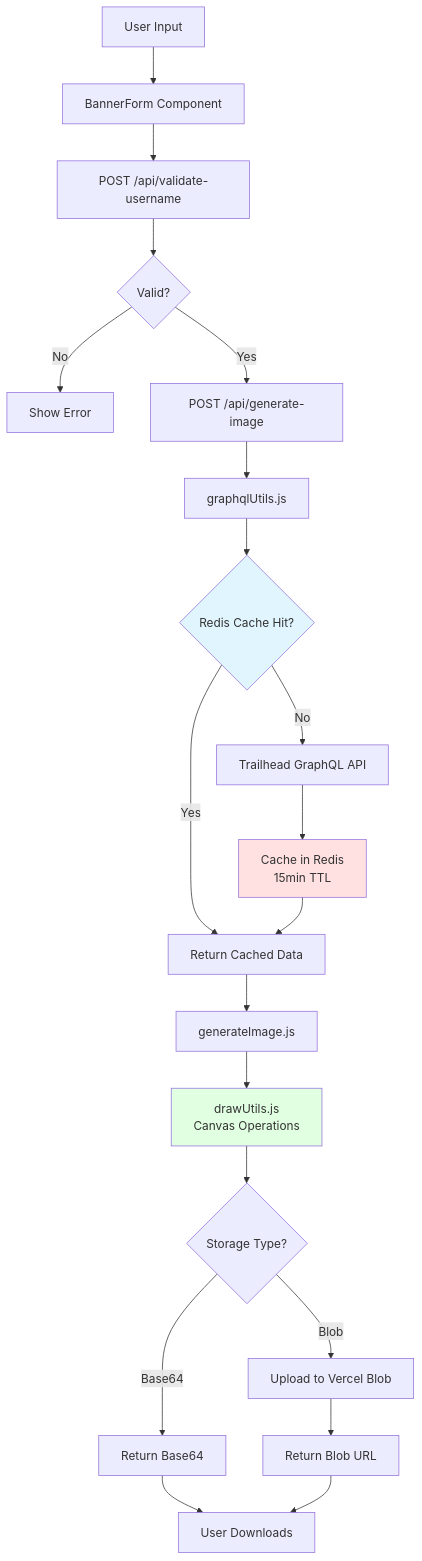
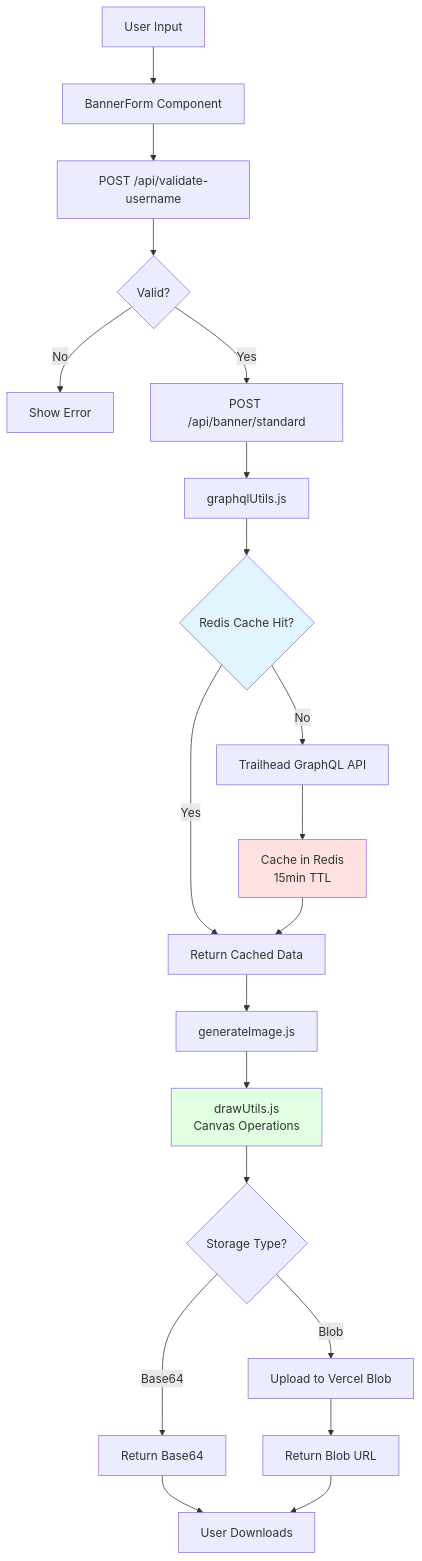
Before and after one commit to nabondance/Trailhead-Banner: the diagram in CLAUDE.md, drawn with Mermaid. The commit also changed other lines of this file and 13 other files, not shown here.

Commit message:
refactor(core): split api for each banner and mutualize logics

````diff
--- a/CLAUDE.md
+++ b/CLAUDE.md
@@ -42,26 +42,26 @@
 ```mermaid
 graph TB
     A[User Input] --> B[BannerForm Component]
     B --> C[POST /api/validate-username]
     C --> D{Valid?}
     D -->|No| E[Show Error]
-    D -->|Yes| F[POST /api/generate-image]
+    D -->|Yes| F[POST /api/banner/standard]
     F --> G[graphqlUtils.js]
     G --> H{Redis Cache Hit?}
     H -->|Yes| I[Return Cached Data]
     H -->|No| J[Trailhead GraphQL API]
     J --> K[Cache in Redis<br/>15min TTL]
     K --> I
     I --> L[generateImage.js]
     L --> M[drawUtils.js<br/>Canvas Operations]
     M --> N{Storage Type?}
     N -->|Base64| O[Return Base64]
     N -->|Blob| P[Upload to Vercel Blob]
     P --> Q[Return Blob URL]
     O --> R[User Downloads]
     Q --> R
 
     style H fill:#e1f5ff
     style K fill:#ffe1e1
     style M fill:#e1ffe1
 ```
````
